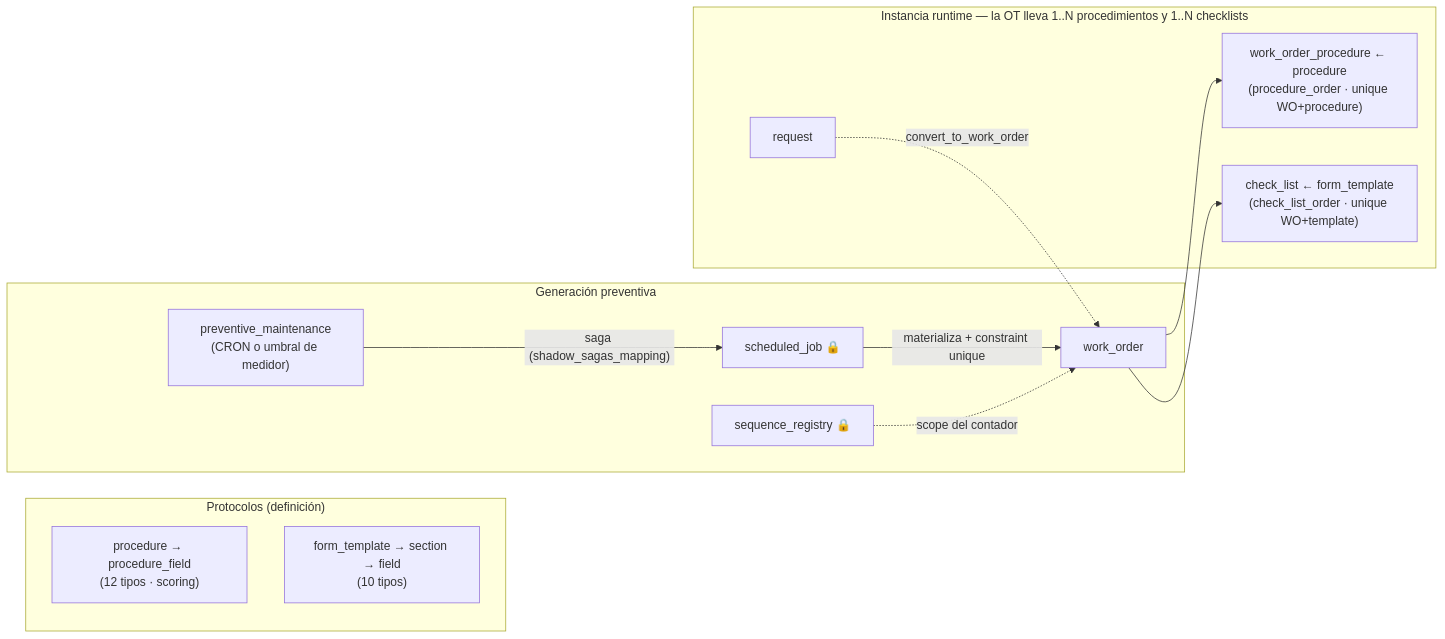
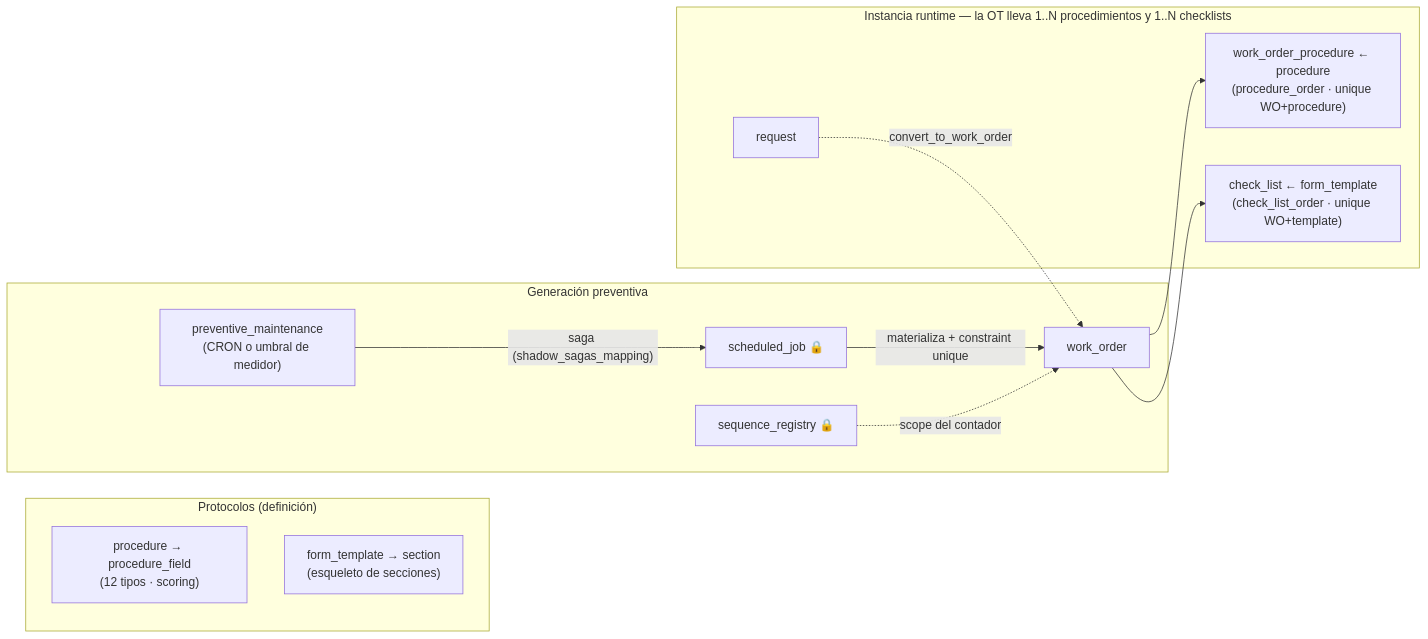
Before and after one commit to metritechnology/metri-engine: the third of 5 diagrams in docs/reference/diagrama-modelo-datos.md, drawn with Mermaid. The commit also changed other lines of this file and 7 other files, not shown here.

First line of the commit message:
refactor(modelos): retirar form_template_field — las preguntas viven en la checklist

````diff
--- a/docs/reference/diagrama-modelo-datos.md
+++ b/docs/reference/diagrama-modelo-datos.md
@@ -127,20 +127,20 @@
 ```mermaid
 flowchart LR
     subgraph DEFS["Protocolos (definición)"]
         PR["procedure → procedure_field<br/>(12 tipos · scoring)"]
-        FT["form_template → section → field<br/>(10 tipos)"]
+        FT["form_template → section<br/>(esqueleto de secciones)"]
     end
 
     subgraph GEN["Generación preventiva"]
         PM["preventive_maintenance<br/>(CRON o umbral de medidor)"]
         PM -->|"saga (shadow_sagas_mapping)"| SJ["scheduled_job 🔒"]
         SJ -->|"materializa + constraint unique"| WO2["work_order"]
         SEQ["sequence_registry 🔒"] -.->|"scope del contador"| WO2
     end
 
     subgraph RUN["Instancia runtime — la OT lleva 1..N procedimientos y 1..N checklists"]
         WO2 --> WPR2["work_order_procedure ← procedure<br/>(procedure_order · unique WO+procedure)"]
         WO2 --> CL2["check_list ← form_template<br/>(check_list_order · unique WO+template)"]
         REQ2["request"] -.->|"convert_to_work_order"| WO2
     end
 ```
````
